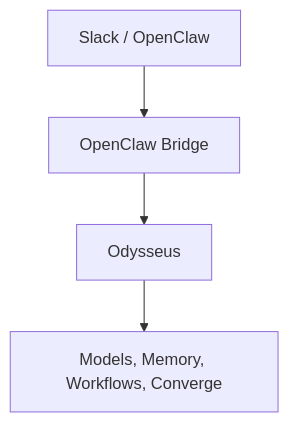
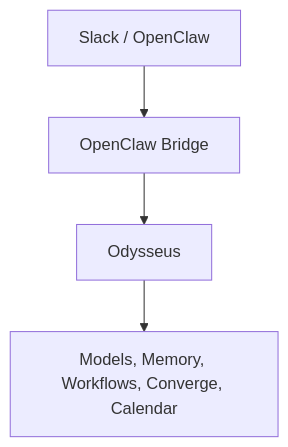
One commit to buluma/odysseus changed the diagram in docs/openclaw-bridge.md. Above: the diagram before and after it, drawn with Mermaid. The commit also changed other lines of this file and 17 other files, not shown here.

````diff
--- a/docs/openclaw-bridge.md
+++ b/docs/openclaw-bridge.md
@@ -17,6 +18,6 @@
 ```mermaid
 flowchart TD
     A[Slack / OpenClaw] --> B[OpenClaw Bridge]
     B --> C[Odysseus]
-    C --> D[Models, Memory, Workflows, Converge]
+    C --> D[Models, Memory, Workflows, Converge, Calendar]
 ```
````
